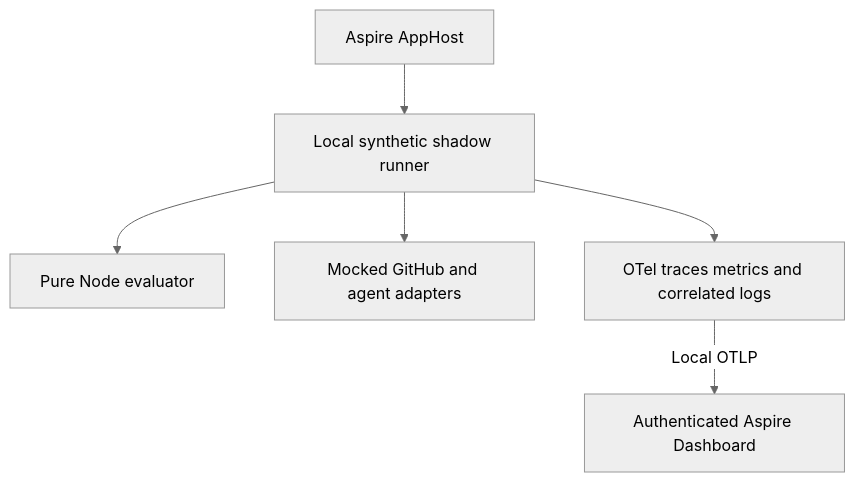
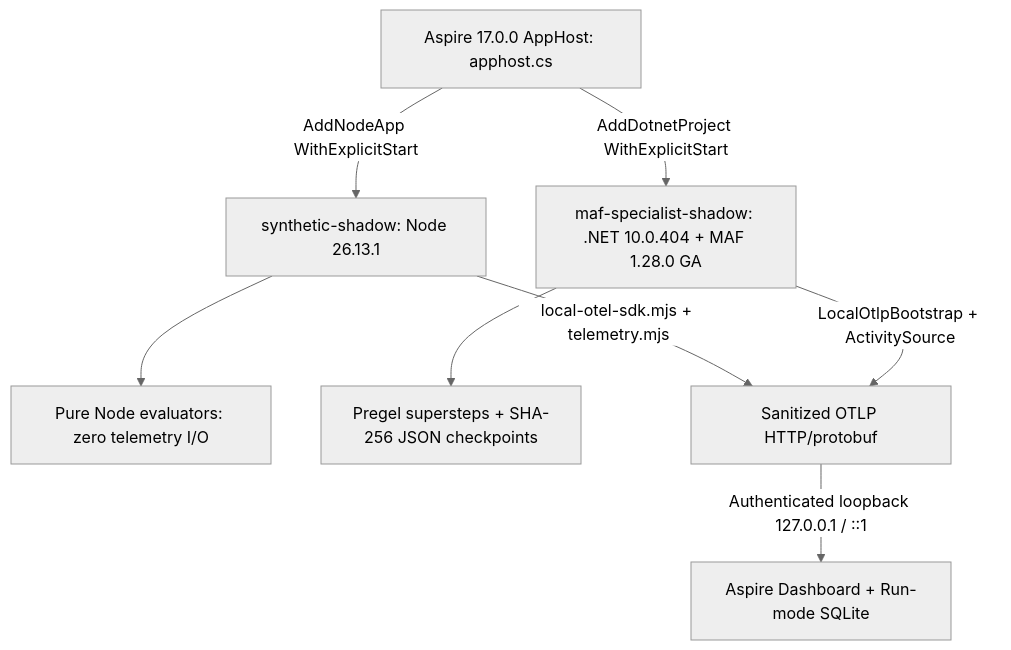
The first of 3 diagrams in docs/LOCAL-DEVELOPMENT.md (Jamula/SoftwareFactory), drawn with Mermaid (neutral theme) before and after one commit. The commit also changed other lines of this file and 16 other files, not shown here.

First line of the commit message:
Refresh v2 architecture, contributing & onboarding docs with Mermaid diagrams (#185)

````diff
--- a/docs/LOCAL-DEVELOPMENT.md
+++ b/docs/LOCAL-DEVELOPMENT.md
@@ -7,8 +7,10 @@
 ```mermaid
 flowchart TD
-  A[Aspire AppHost] --> B[Local synthetic shadow runner]
-  B --> C[Pure Node evaluator]
-  B --> D[Mocked GitHub and agent adapters]
-  B --> E[OTel traces metrics and correlated logs]
-  E -->|Local OTLP| F[Authenticated Aspire Dashboard]
+  A[Aspire 17.0.0 AppHost: apphost.cs] -->|AddNodeApp WithExplicitStart| B[synthetic-shadow: Node 26.13.1]
+  A -->|AddDotnetProject WithExplicitStart| M[maf-specialist-shadow: .NET 10.0.404 + MAF 1.28.0 GA]
+  B --> C[Pure Node evaluators: zero telemetry I/O]
+  M --> N[Pregel supersteps + SHA-256 JSON checkpoints]
+  B -->|local-otel-sdk.mjs + telemetry.mjs| E[Sanitized OTLP HTTP/protobuf]
+  M -->|LocalOtlpBootstrap + ActivitySource| E
+  E -->|Authenticated loopback 127.0.0.1 / ::1| F[Aspire Dashboard + Run-mode SQLite]
 ```
````
